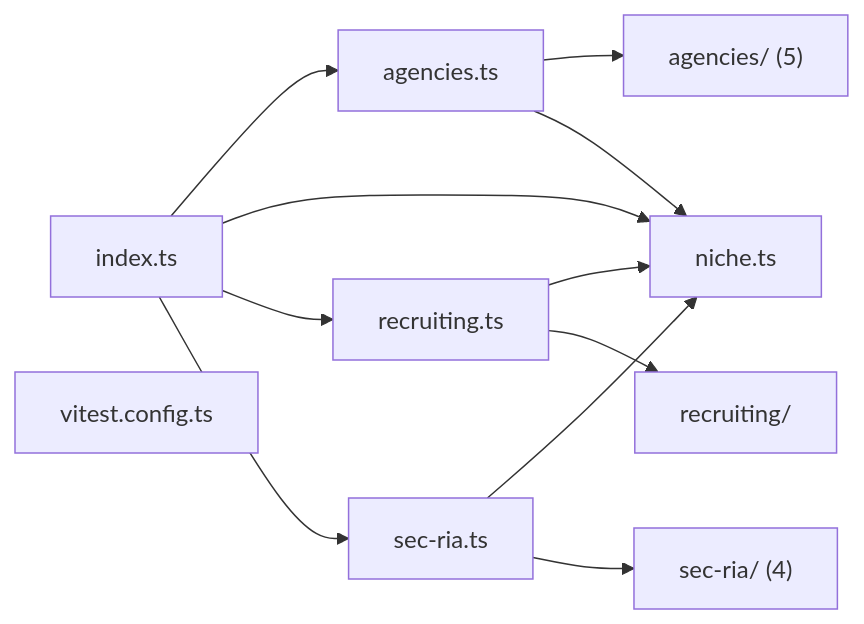
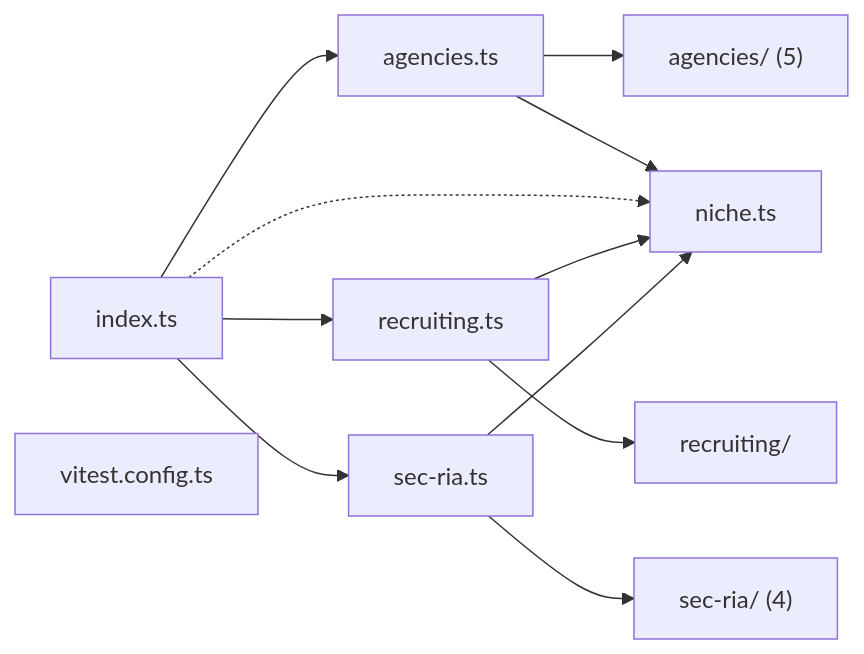
The diagram in map/generated/imports/@wren+niches.md (wrenautomation/wren), drawn with Mermaid before and after one commit. The commit also changed 96 other files, not shown here.

````diff
--- a/map/generated/imports/@wren+niches.md
+++ b/map/generated/imports/@wren+niches.md
@@ -22,22 +22,22 @@
 ```mermaid
 flowchart LR
-  nindex_ts["index.ts"]
   nagencies_ts["agencies.ts"]
   nagencies_["agencies/ (5)"]
+  nindex_ts["index.ts"]
   nniche_ts["niche.ts"]
   nrecruiting_ts["recruiting.ts"]
   nrecruiting_["recruiting/"]
   nsec_ria_ts["sec-ria.ts"]
   nsec_ria_["sec-ria/ (4)"]
   nvitest_config_ts["vitest.config.ts"]
+  nagencies_ts --> nagencies_
+  nagencies_ts --> nniche_ts
   nindex_ts --> nagencies_ts
-  nindex_ts --> nniche_ts
+  nindex_ts -.-> nniche_ts
   nindex_ts --> nrecruiting_ts
   nindex_ts --> nsec_ria_ts
-  nagencies_ts --> nagencies_
-  nagencies_ts --> nniche_ts
   nrecruiting_ts --> nniche_ts
   nrecruiting_ts --> nrecruiting_
   nsec_ria_ts --> nniche_ts
   nsec_ria_ts --> nsec_ria_
 ```
````
